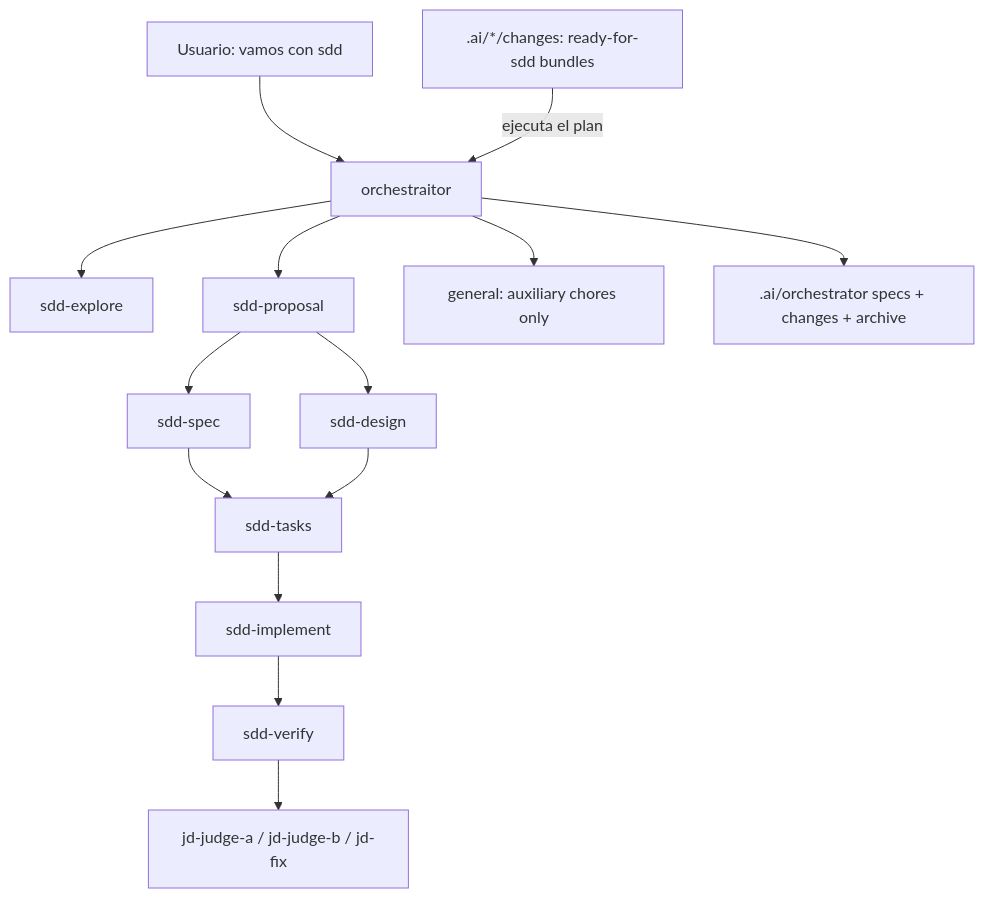
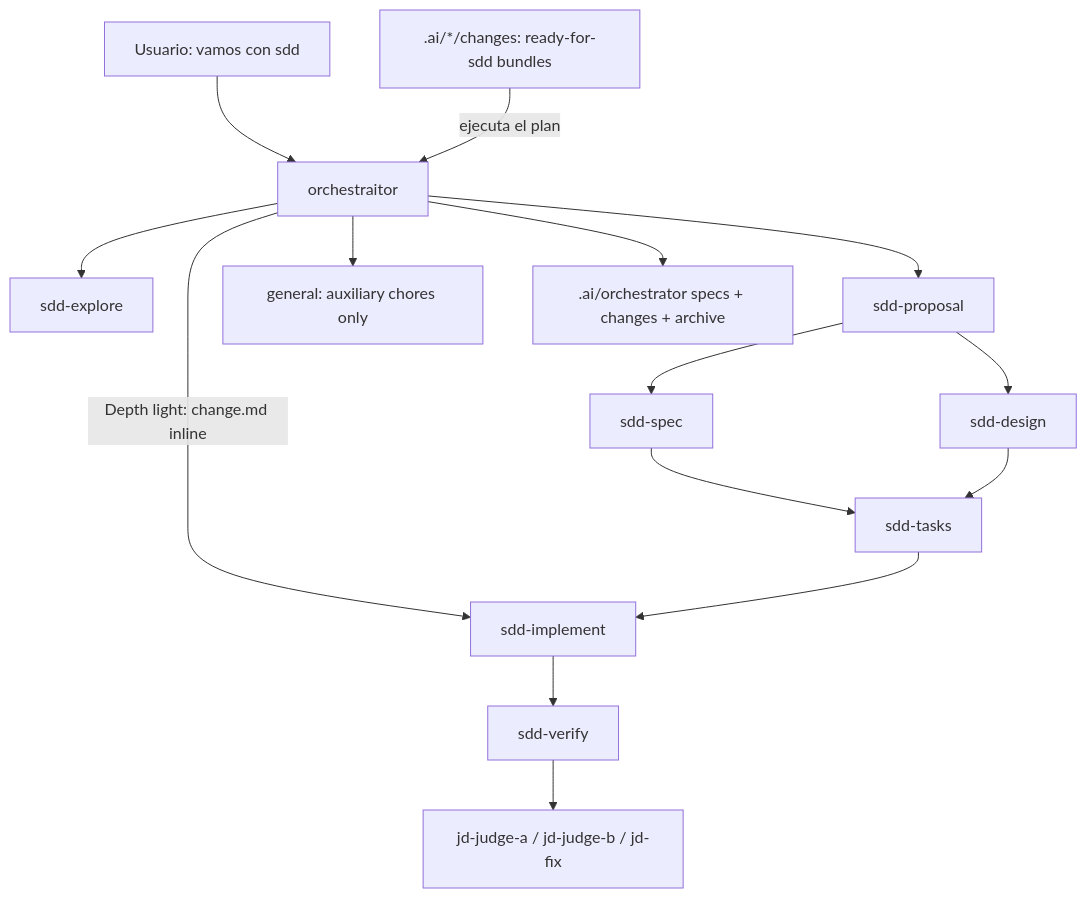
The diagram in domains/sdd/README.md (andresnator/agents-orchestrator), drawn with Mermaid before and after one commit. The commit also changed other lines of this file and 8 other files, not shown here.

Commit message:
feat: enhance SDD process with light depth drafting, update documentation, and introduce new drafting skill

````diff
--- a/domains/sdd/README.md
+++ b/domains/sdd/README.md
@@ -22,16 +22,17 @@
 ```mermaid
 graph TD
   user[Usuario: vamos con sdd] --> orch[orchestraitor]
   intake[".ai/*/changes: ready-for-sdd bundles"] -->|ejecuta el plan| orch
   orch --> explore[sdd-explore]
+  orch -->|Depth light: change.md inline| implement
   orch --> proposal[sdd-proposal]
   proposal --> spec[sdd-spec]
   proposal --> design[sdd-design]
   spec --> tasks[sdd-tasks]
   design --> tasks
   tasks --> implement[sdd-implement]
   implement --> verify[sdd-verify]
   verify --> jd[jd-judge-a / jd-judge-b / jd-fix]
   orch --> aux[general: auxiliary chores only]
   orch --> files[.ai/orchestrator specs + changes + archive]
 ```
````
